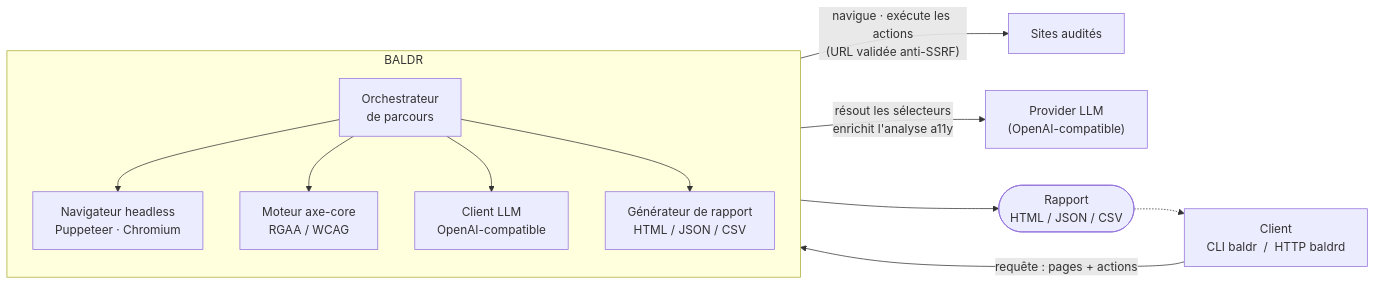
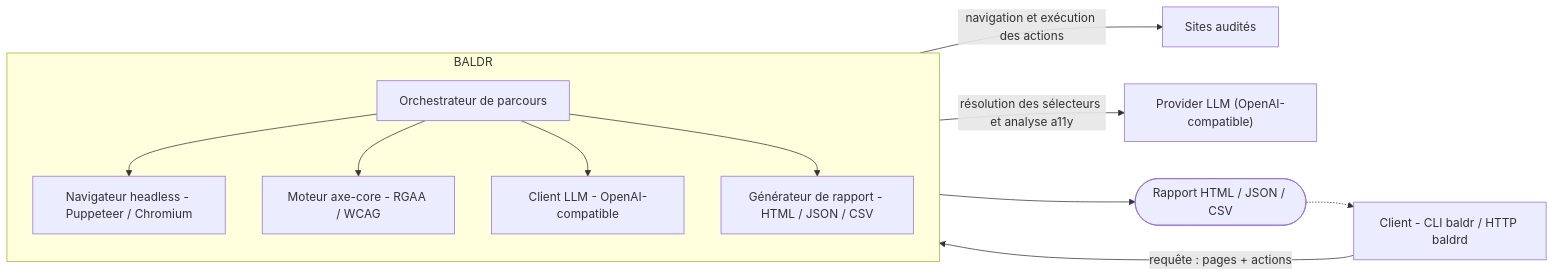
The first of 2 diagrams in README.md (malakoffhumanis/baldr-accessibility-scan), drawn with Mermaid before and after one commit. The commit also changed other lines of this file, not shown here.

````diff
--- a/README.md
+++ b/README.md
@@ -172,27 +172,27 @@
 ```mermaid
 flowchart LR
-    Client["Client<br/>CLI baldr &nbsp;/&nbsp; HTTP baldrd"]
+    Client["Client - CLI baldr / HTTP baldrd"]
 
     subgraph BALDR
         direction TB
-        Orch["Orchestrateur<br/>de parcours"]
-        Browser["Navigateur headless<br/>Puppeteer · Chromium"]
-        Axe["Moteur axe-core<br/>RGAA / WCAG"]
-        LLMClient["Client LLM<br/>OpenAI-compatible"]
-        Report["Générateur de rapport<br/>HTML / JSON / CSV"]
+        Orch["Orchestrateur de parcours"]
+        Browser["Navigateur headless - Puppeteer / Chromium"]
+        Axe["Moteur axe-core - RGAA / WCAG"]
+        LLMClient["Client LLM - OpenAI-compatible"]
+        Report["Générateur de rapport - HTML / JSON / CSV"]
     end
 
     Sites["Sites audités"]
-    LLM["Provider LLM<br/>(OpenAI-compatible)"]
-    Out(["Rapport<br/>HTML / JSON / CSV"])
+    LLM["Provider LLM (OpenAI-compatible)"]
+    Out(["Rapport HTML / JSON / CSV"])
 
     Client -->|"requête : pages + actions"| Orch
     Orch --> Browser
     Orch --> Axe
     Orch --> LLMClient
     Orch --> Report
-    Browser -->|"navigue · exécute les actions<br/>(URL validée anti-SSRF)"| Sites
-    LLMClient -->|"résout les sélecteurs<br/>enrichit l'analyse a11y"| LLM
+    Browser -->|"navigation et exécution des actions"| Sites
+    LLMClient -->|"résolution des sélecteurs et analyse a11y"| LLM
     Report --> Out
     Out -.-> Client
 ```
````
